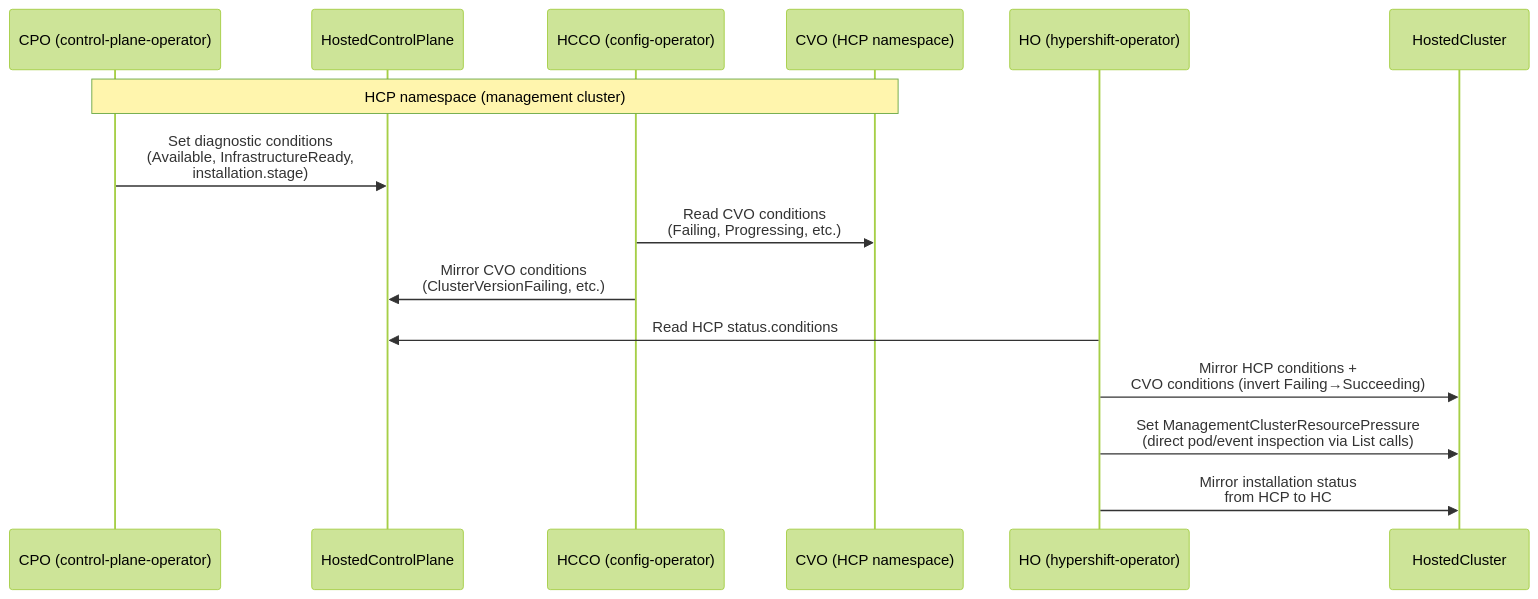
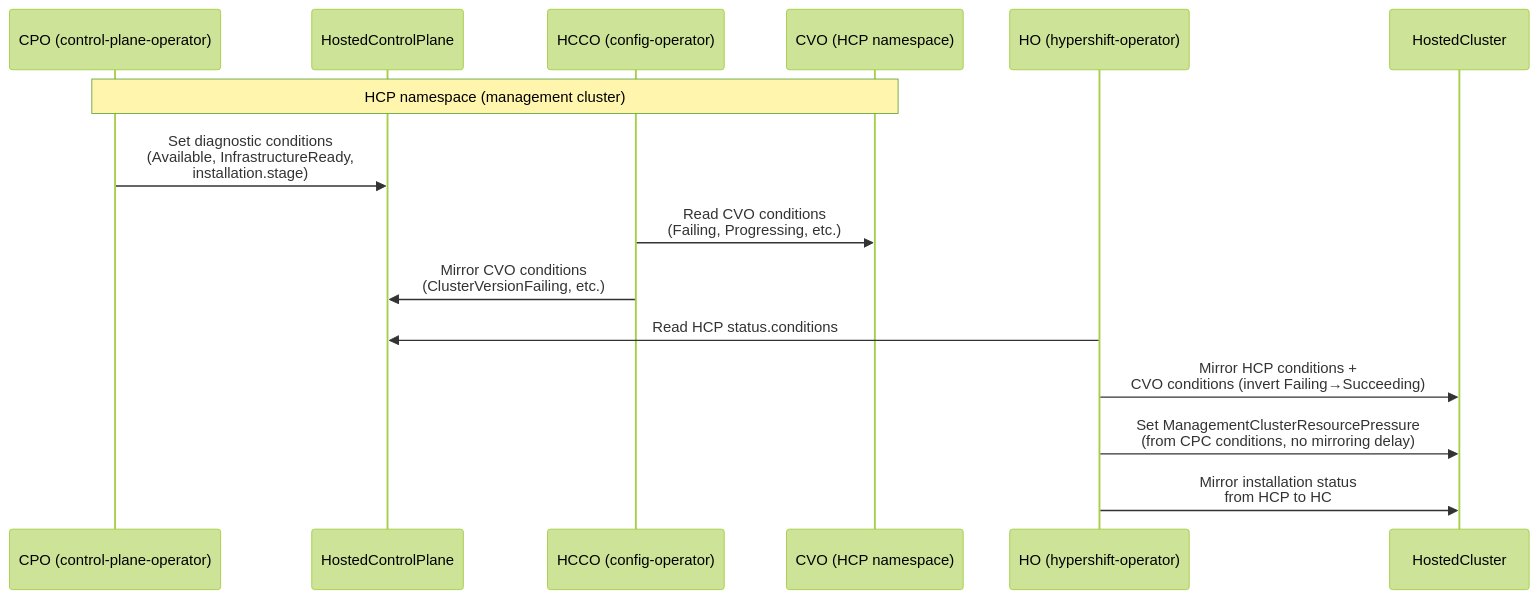
Before and after one commit to openshift/enhancements: the first of 3 diagrams in enhancements/hypershift/installation-failure-debuggability.md, drawn with Mermaid (forest theme). The commit also changed other lines of this file, not shown here.

First line of the commit message:
OCPSTRAT-1598: CPC-based ManagementClusterResourcePressure, FSM diagram, WaitingForKubeconfig clarification

````diff
--- a/enhancements/hypershift/installation-failure-debuggability.md
+++ b/enhancements/hypershift/installation-failure-debuggability.md
@@ -230,19 +230,19 @@
 ```mermaid
 sequenceDiagram
     participant CPO as CPO (control-plane-operator)
     participant HCP as HostedControlPlane
     participant HCCO as HCCO (config-operator)
     participant CVO as CVO (HCP namespace)
     participant HO as HO (hypershift-operator)
     participant HC as HostedCluster
 
     Note over CPO,CVO: HCP namespace (management cluster)
 
     CPO->>HCP: Set diagnostic conditions<br/>(Available, InfrastructureReady,<br/>installation.stage)
     HCCO->>CVO: Read CVO conditions<br/>(Failing, Progressing, etc.)
     HCCO->>HCP: Mirror CVO conditions<br/>(ClusterVersionFailing, etc.)
     HO->>HCP: Read HCP status.conditions
     HO->>HC: Mirror HCP conditions +<br/>CVO conditions (invert Failing→Succeeding)
-    HO->>HC: Set ManagementClusterResourcePressure<br/>(direct pod/event inspection via List calls)
+    HO->>HC: Set ManagementClusterResourcePressure<br/>(from CPC conditions, no mirroring delay)
     HO->>HC: Mirror installation status<br/>from HCP to HC
 ```
````
